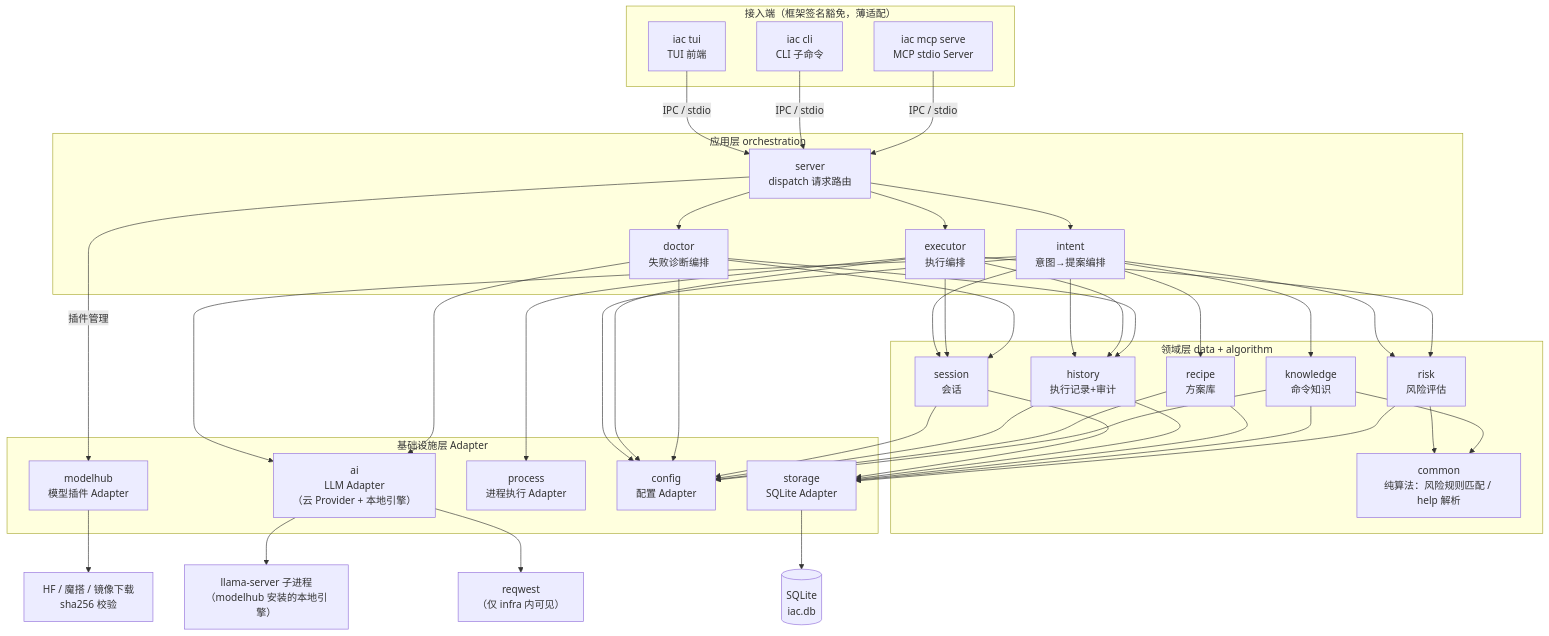
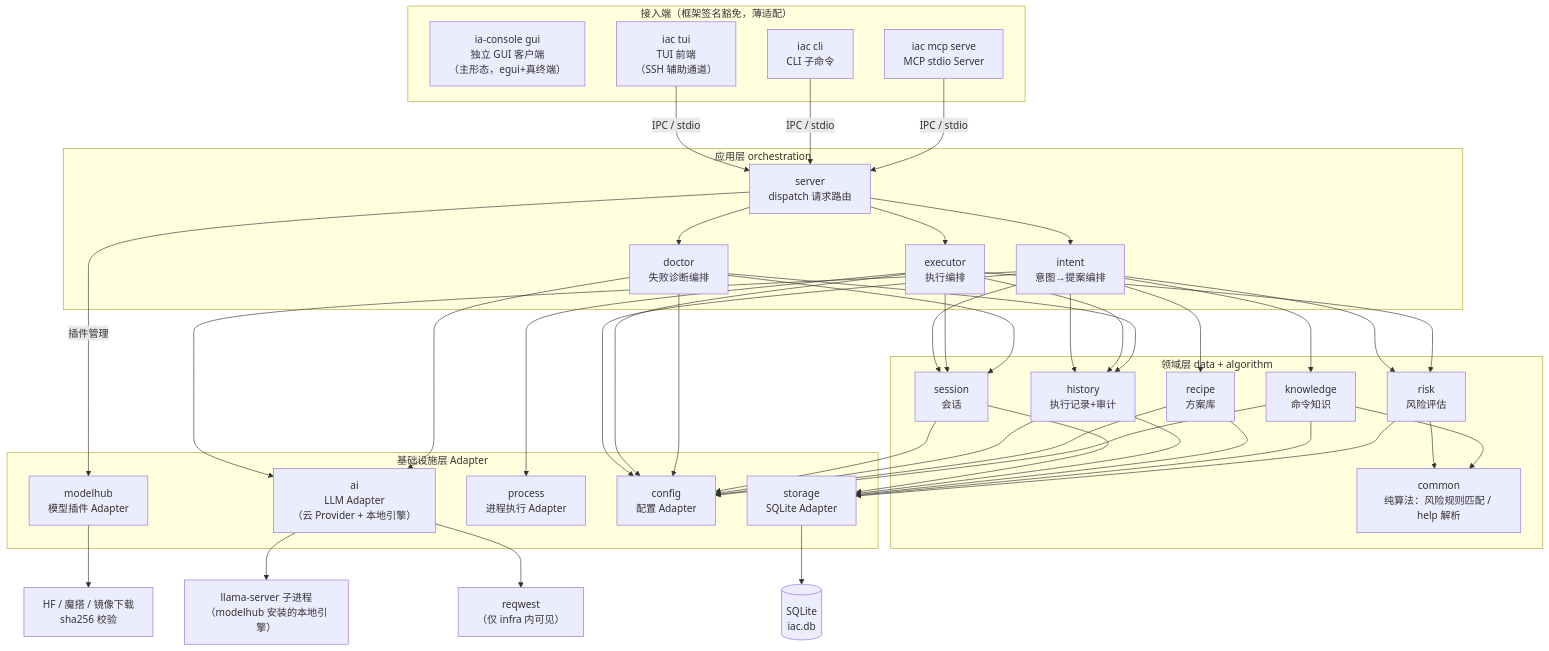
One commit to zhaoxuan-inside/iA-Console changed the diagram in _04_framework_design/01_architecture.md. Above: the diagram before and after it, drawn with Mermaid. The commit also changed 2 other files, not shown here.

Commit message:
docs(_04/_05/_09/_00): gui 前端入架构；M9/M10 里程碑与 T-G01~07 任务卡；词典+2 词条

````diff
--- a/_04_framework_design/01_architecture.md
+++ b/_04_framework_design/01_architecture.md
@@ -7,48 +7,49 @@
 ```mermaid
 graph TB
     subgraph entry[接入端（框架签名豁免，薄适配）]
-        TUI[iac tui<br/>TUI 前端]
+        GUI[ia-console gui<br/>独立 GUI 客户端<br/>（主形态，egui+真终端）]
+        TUI[iac tui<br/>TUI 前端<br/>（SSH 辅助通道）]
         CLI[iac cli<br/>CLI 子命令]
         MCPS[iac mcp serve<br/>MCP stdio Server]
     end
 
     subgraph app[应用层 orchestration]
         SERVER[server<br/>dispatch 请求路由]
         INTENT[intent<br/>意图→提案编排]
         EXECUTOR[executor<br/>执行编排]
         DOCTOR[doctor<br/>失败诊断编排]
     end
 
     subgraph domain[领域层 data + algorithm]
         RISK[risk<br/>风险评估]
         SESSION[session<br/>会话]
         HISTORY[history<br/>执行记录+审计]
         RECIPE[recipe<br/>方案库]
         KNOWLEDGE[knowledge<br/>命令知识]
         COMMON[common<br/>纯算法：风险规则匹配 / help 解析]
     end
 
     subgraph infra[基础设施层 Adapter]
         AI[ai<br/>LLM Adapter<br/>（云 Provider + 本地引擎）]
         STORE[storage<br/>SQLite Adapter]
         PROC[process<br/>进程执行 Adapter]
         CONFIG[config<br/>配置 Adapter]
         MODELHUB[modelhub<br/>模型插件 Adapter]
     end
 
     TUI & CLI & MCPS -->|IPC / stdio| SERVER
     SERVER --> INTENT & EXECUTOR & DOCTOR
     SERVER -->|插件管理| MODELHUB
     INTENT --> RISK & KNOWLEDGE & SESSION & HISTORY & RECIPE
     EXECUTOR --> RISK & HISTORY & SESSION & PROC
     DOCTOR --> HISTORY & SESSION
     RISK --> COMMON
     KNOWLEDGE --> COMMON
     INTENT & DOCTOR --> AI
     SESSION & HISTORY & RECIPE & KNOWLEDGE & RISK --> STORE
     INTENT & EXECUTOR & DOCTOR & SESSION & HISTORY & RECIPE & KNOWLEDGE --> CONFIG
     AI --> PROC2[reqwest<br/>（仅 infra 内可见）]
     AI --> ENG[llama-server 子进程<br/>（modelhub 安装的本地引擎）]
     MODELHUB --> DL[HF / 魔搭 / 镜像下载<br/>sha256 校验]
     STORE --> SQL[(SQLite<br/>iac.db)]
 ```
````
